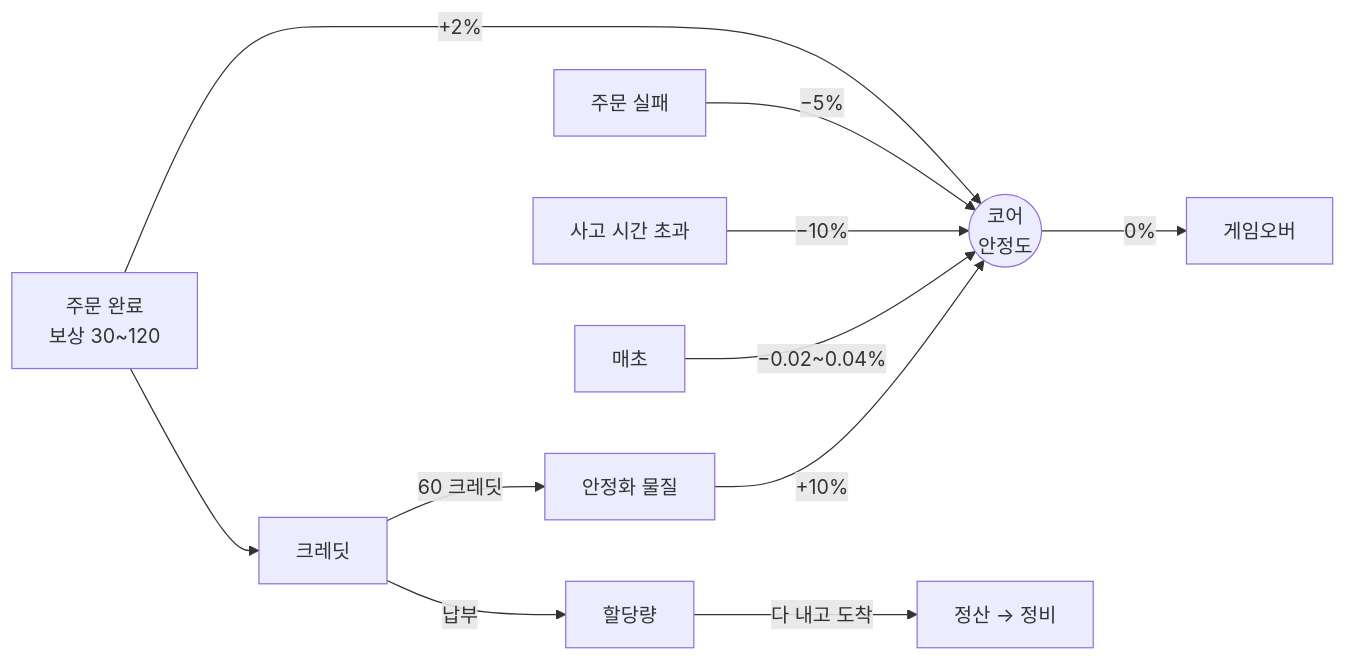
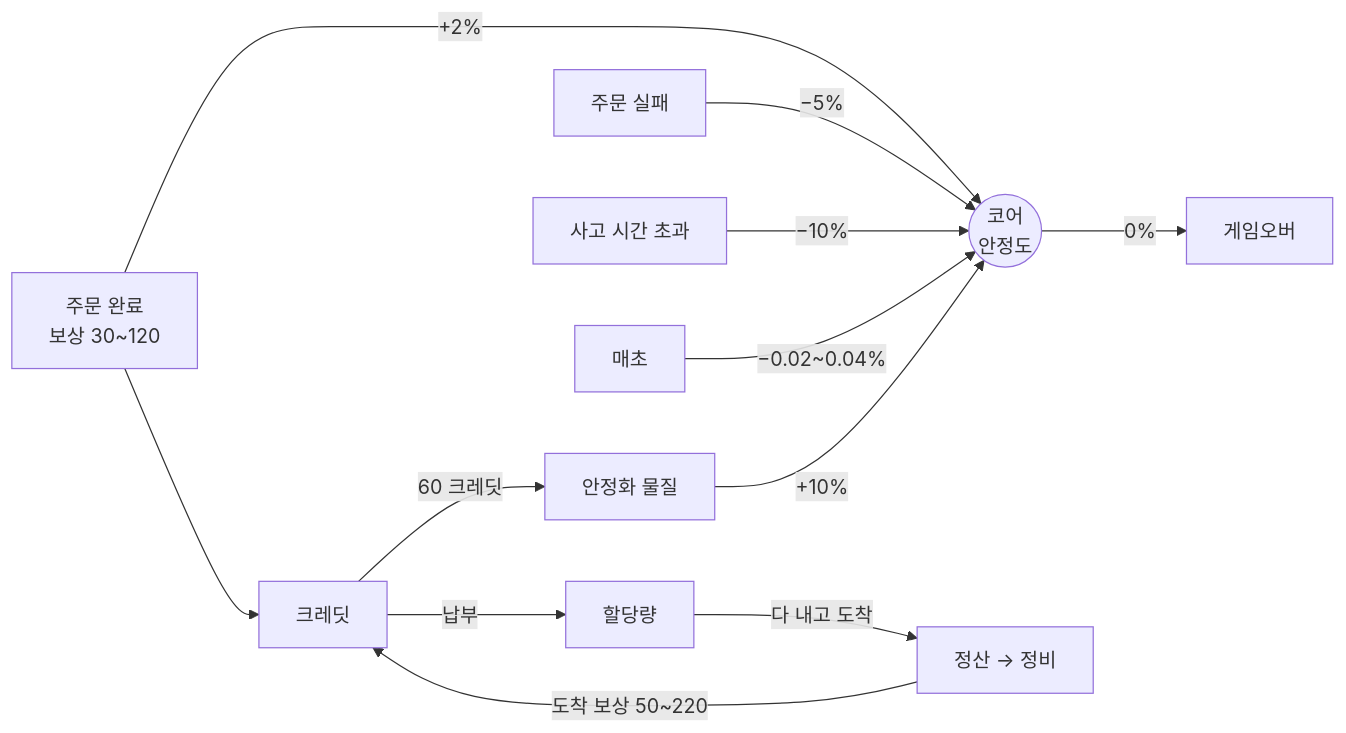
The fifth of 8 diagrams in src/OverFixed/OverFixed_기술문서.md (rlawlsdn77/portfolio), drawn with Mermaid before and after one commit. The commit also changed other lines of this file and 2 other files, not shown here.

````diff
--- a/src/OverFixed/OverFixed_기술문서.md
+++ b/src/OverFixed/OverFixed_기술문서.md
@@ -336,13 +336,14 @@
 ```mermaid
 flowchart LR
     OK["주문 완료<br/>보상 30~120"] -->|"+2%"| S(("코어<br/>안정도"))
     OK --> C["크레딧"]
     NG["주문 실패"] -->|"−5%"| S
     AC["사고 시간 초과"] -->|"−10%"| S
     T["매초"] -->|"−0.02~0.04%"| S
     C -->|"납부"| Q["할당량"]
     Q -->|"다 내고 도착"| E["정산 → 정비"]
+    E -->|"도착 보상 50~220"| C
     C -->|"60 크레딧"| B["안정화 물질"]
     B -->|"+10%"| S
     S -->|"0%"| G["게임오버"]
 ```
````
